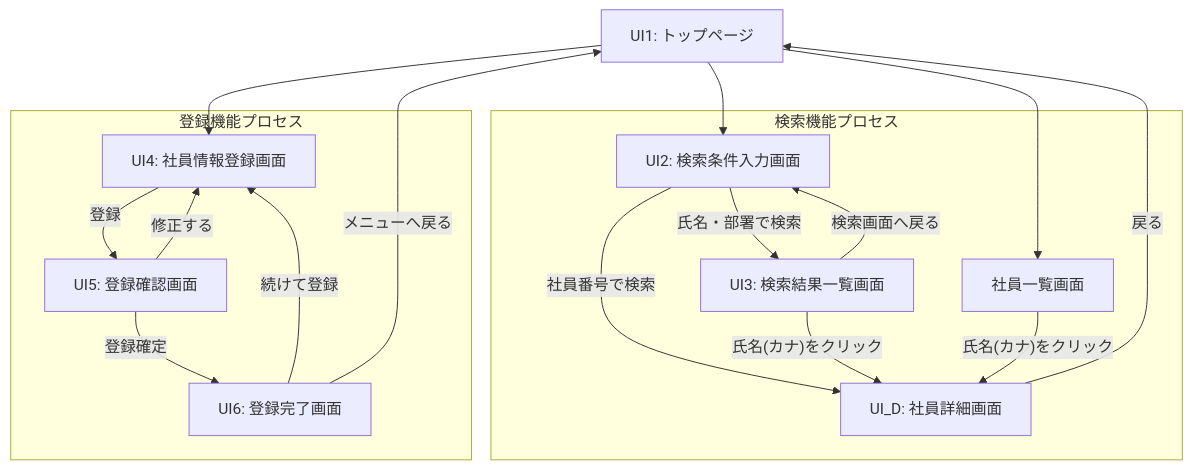
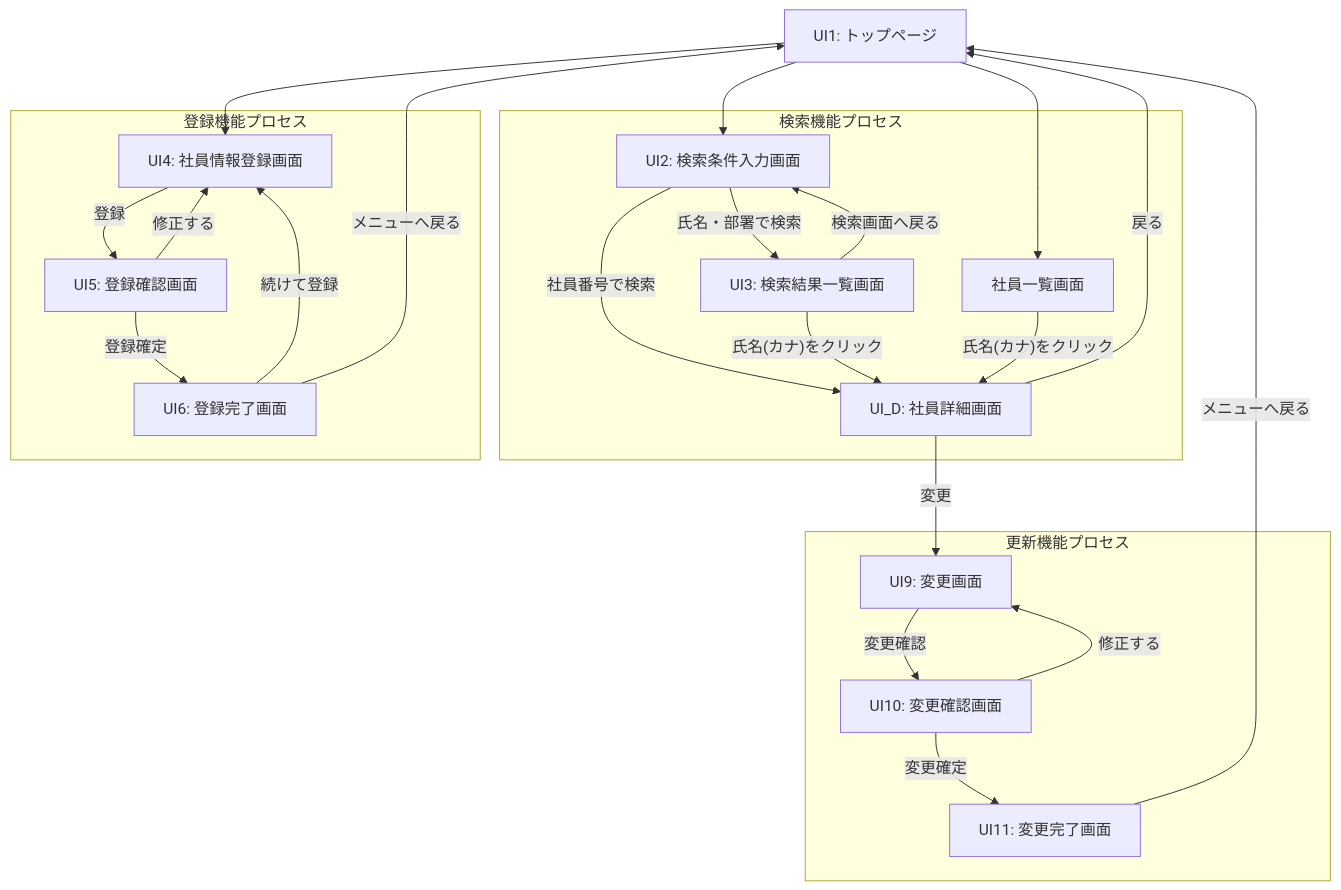
Before and after one commit to juyeongjung1/NewEIMS: the first of 4 diagrams in EIMS_Comprehensive_Exercise_Guide.md, drawn with Mermaid. The commit also changed other lines of this file, not shown here.

Commit message:
更新機能（1.3）の仕様定義を追加、目次と画面遷移図を更新

````diff
--- a/EIMS_Comprehensive_Exercise_Guide.md
+++ b/EIMS_Comprehensive_Exercise_Guide.md
@@ -211,24 +268,32 @@
 ```mermaid
 flowchart TD
     UI1[UI1: トップページ] --> UI2[UI2: 検索条件入力画面]
     UI1 --> UI_L[社員一覧画面]
     UI1 --> UI4[UI4: 社員情報登録画面]
     
     subgraph 検索機能プロセス
         UI2 -- "社員番号で検索" --> UI_D[UI_D: 社員詳細画面]
         UI2 -- "氏名・部署で検索" --> UI3[UI3: 検索結果一覧画面]
         UI3 -- "氏名(カナ)をクリック" --> UI_D
         UI_L -- "氏名(カナ)をクリック" --> UI_D
     end
     
     subgraph 登録機能プロセス
         UI4 -- "登録" --> UI5[UI5: 登録確認画面]
         UI5 -- "登録確定" --> UI6[UI6: 登録完了画面]
         UI5 -- "修正する" --> UI4
         UI6 -- "続けて登録" --> UI4
     end
     
+    subgraph 更新機能プロセス
+        UI_D -- "変更" --> UI9[UI9: 変更画面]
+        UI9 -- "変更確認" --> UI10[UI10: 変更確認画面]
+        UI10 -- "変更確定" --> UI11[UI11: 変更完了画面]
+        UI10 -- "修正する" --> UI9
+    end
+    
     UI_D -->|戻る| UI1
     UI3 -->|検索画面へ戻る| UI2
     UI6 -->|メニューへ戻る| UI1
+    UI11 -->|メニューへ戻る| UI1
 ```
````
